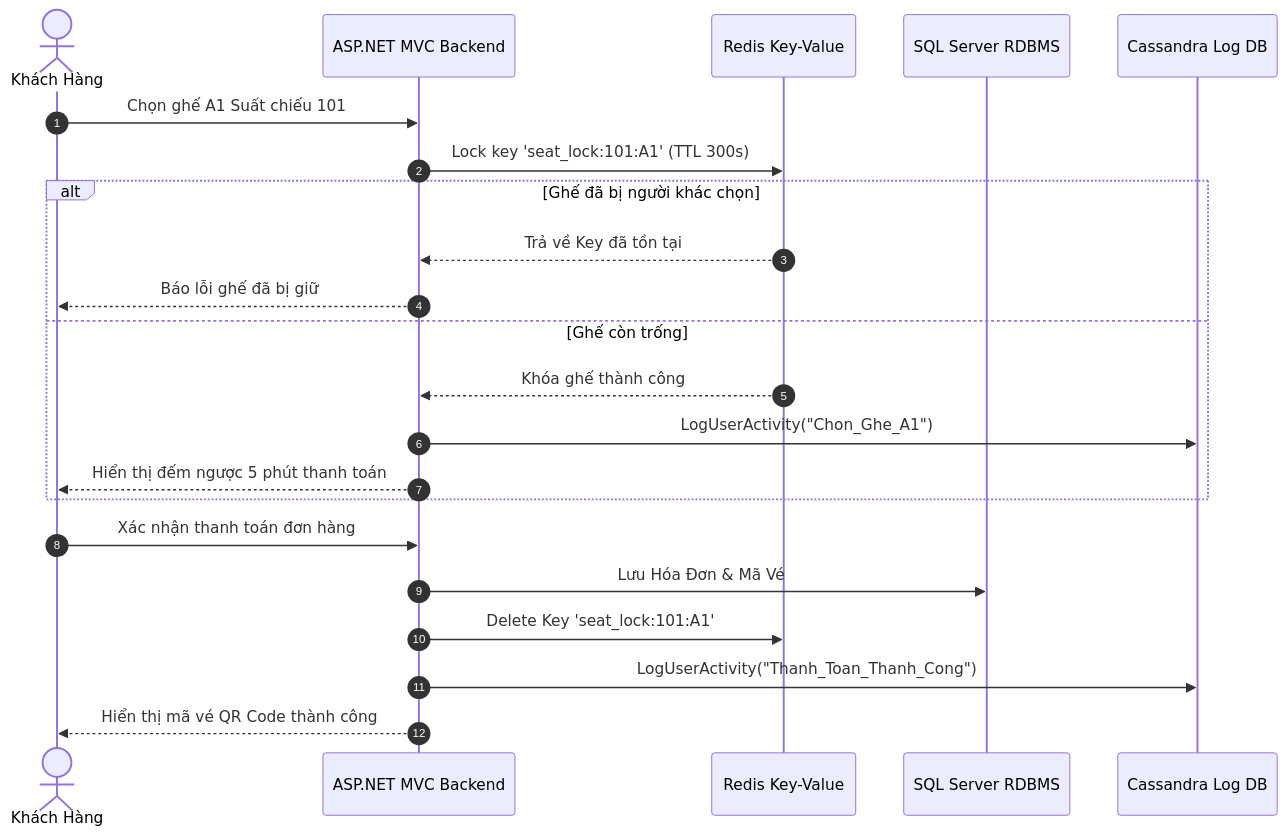
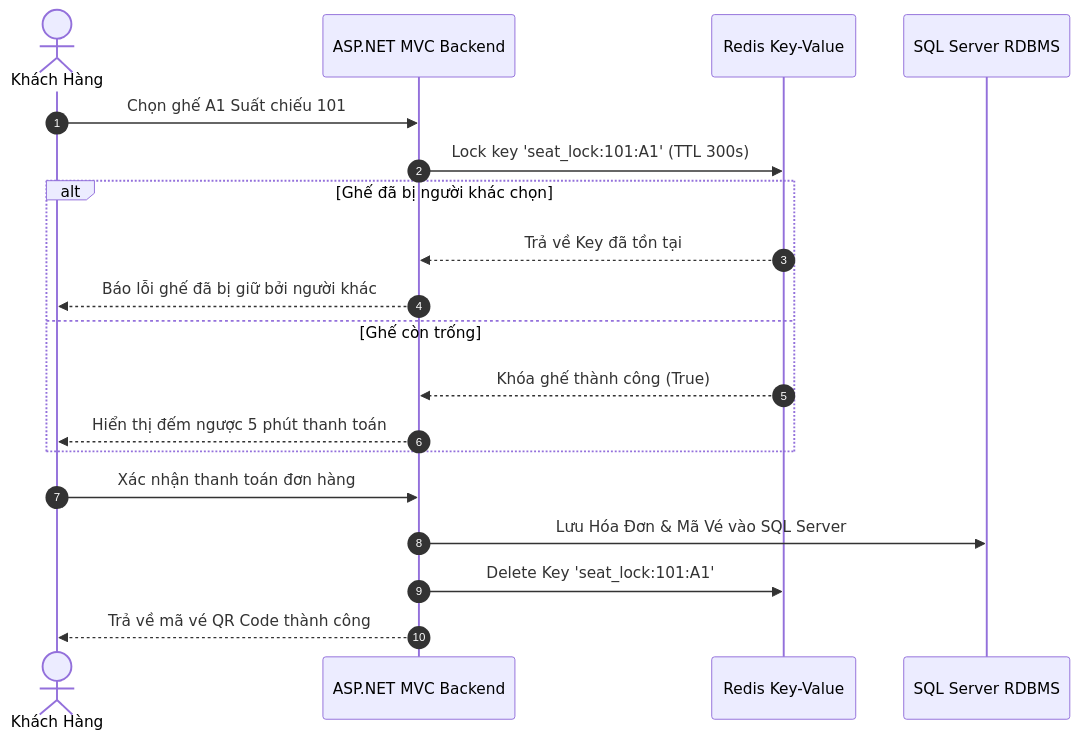
Before and after one commit to Anh-BE/WEB_DatVe_XemPhim: the third of 8 diagrams in TaiLieu/TaiLieu_SDS_ToanBo_HeThong_Movana.md, drawn with Mermaid. The commit also changed other lines of this file and 1 other file, not shown here.

Commit message:
[Doc] Tai cau truc Chuong 8 theo tung CSDL (8.1 Redis, 8.2 Neo4j, 8.3 MongoDB, 8.4 Cassandra)

````diff
--- a/TaiLieu/TaiLieu_SDS_ToanBo_HeThong_Movana.md
+++ b/TaiLieu/TaiLieu_SDS_ToanBo_HeThong_Movana.md
@@ -269,26 +272,23 @@
 ```mermaid
 sequenceDiagram
     autonumber
     actor User as Khách Hàng
     participant Web as ASP.NET MVC Backend
     participant Redis as Redis Key-Value
     participant SQL as SQL Server RDBMS
-    participant Cass as Cassandra Log DB
 
     User->>Web: Chọn ghế A1 Suất chiếu 101
     Web->>Redis: Lock key 'seat_lock:101:A1' (TTL 300s)
     alt Ghế đã bị người khác chọn
         Redis-->>Web: Trả về Key đã tồn tại
-        Web-->>User: Báo lỗi ghế đã bị giữ
+        Web-->>User: Báo lỗi ghế đã bị giữ bởi người khác
     else Ghế còn trống
-        Redis-->>Web: Khóa ghế thành công
-        Web->>Cass: LogUserActivity("Chon_Ghe_A1")
+        Redis-->>Web: Khóa ghế thành công (True)
         Web-->>User: Hiển thị đếm ngược 5 phút thanh toán
     end
 
     User->>Web: Xác nhận thanh toán đơn hàng
-    Web->>SQL: Lưu Hóa Đơn & Mã Vé
+    Web->>SQL: Lưu Hóa Đơn & Mã Vé vào SQL Server
     Web->>Redis: Delete Key 'seat_lock:101:A1'
-    Web->>Cass: LogUserActivity("Thanh_Toan_Thanh_Cong")
-    Web-->>User: Hiển thị mã vé QR Code thành công
+    Web-->>User: Trả về mã vé QR Code thành công
 ```
````
